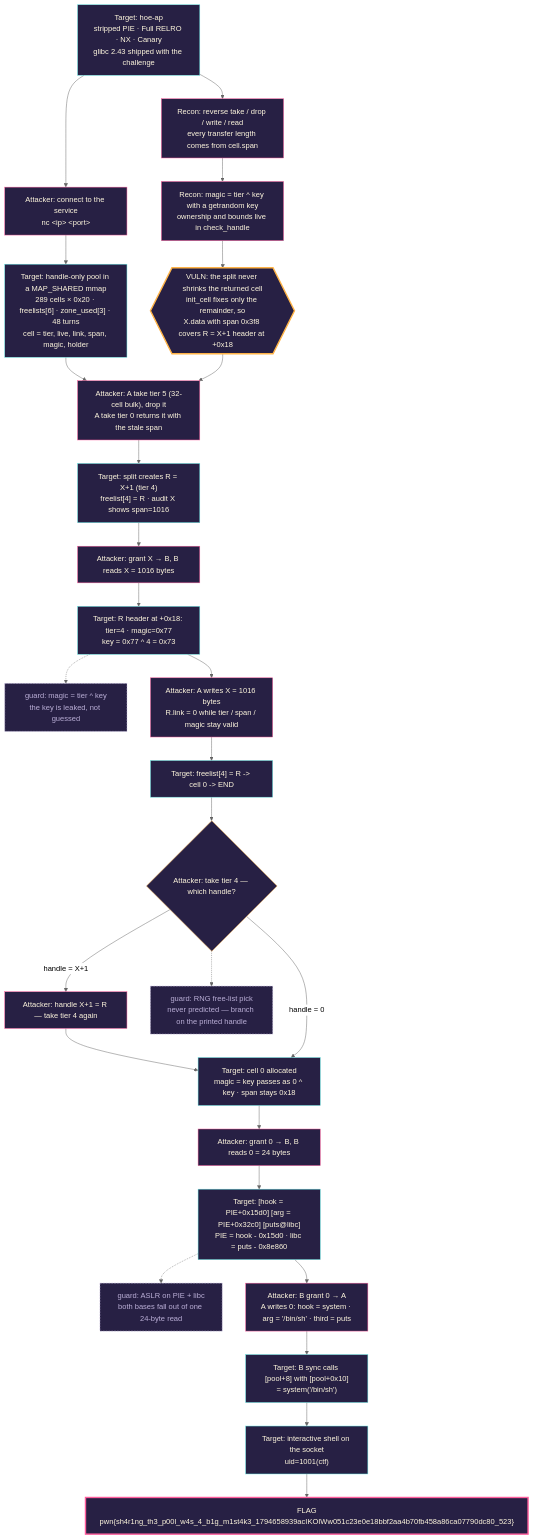
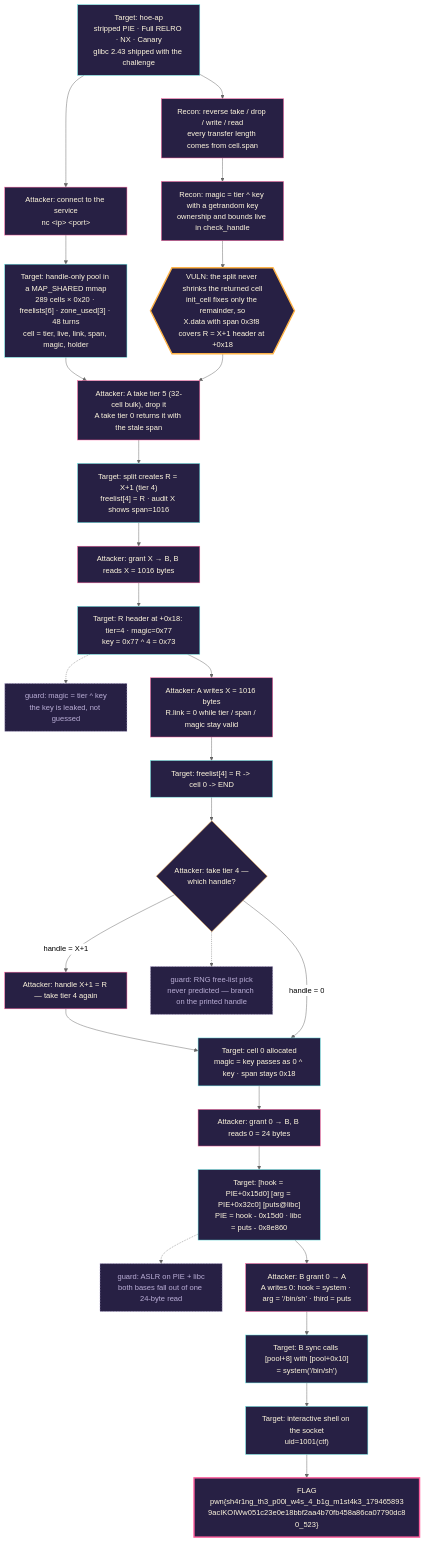
The diagram in content/ctfs/Digital-Pakistan-Red-Team-CTF/hoe-ap.md (Radiant-Blaze/radiant-blaze.github.io), drawn with Mermaid (neutral theme) before and after one commit. The commit also changed 27 other files, not shown here.

````diff
--- a/content/ctfs/Digital-Pakistan-Red-Team-CTF/hoe-ap.md
+++ b/content/ctfs/Digital-Pakistan-Red-Team-CTF/hoe-ap.md
@@ -35,66 +35,66 @@
 ```mermaid
 flowchart TD
     %% ---------- Target ----------
     T0["Target: hoe-ap<br/>stripped PIE · Full RELRO · NX · Canary<br/>glibc 2.43 shipped with the challenge"]:::target
     T1["Attacker: connect to the service<br/>nc &lt;ip&gt; &lt;port&gt;"]:::attacker
     T2["Target: handle-only pool in a MAP_SHARED mmap<br/>289 cells × 0x20 · freelists[6] · zone_used[3] · 48 turns<br/>cell = tier, live, link, span, magic, holder"]:::target
 
     %% ---------- Reconnaissance ----------
     R1["Recon: reverse take / drop / write / read<br/>every transfer length comes from cell.span"]:::attacker
     R2["Recon: magic = tier ^ key with a getrandom key<br/>ownership and bounds live in check_handle"]:::attacker
 
     %% ---------- Vulnerability ----------
     V1{{"VULN: the split never shrinks the returned cell<br/>init_cell fixes only the remainder, so<br/>X.data with span 0x3f8 covers R = X+1 header at +0x18"}}:::vuln
 
     %% ---------- Step 1: build the overlap ----------
     S1["Attacker: A take tier 5 (32-cell bulk), drop it<br/>A take tier 0 returns it with the stale span"]:::attacker
     S1r["Target: split creates R = X+1 (tier 4)<br/>freelist[4] = R · audit X shows span=1016"]:::target
 
     %% ---------- Step 2: leak the session key ----------
     S2["Attacker: grant X → B, B reads X = 1016 bytes"]:::attacker
     S2r["Target: R header at +0x18: tier=4 · magic=0x77<br/>key = 0x77 ^ 4 = 0x73"]:::target
     N1["guard: magic = tier ^ key<br/>the key is leaked, not guessed"]:::note
 
     %% ---------- Step 3: forge the free-list link ----------
     S3["Attacker: A writes X = 1016 bytes<br/>R.link = 0 while tier / span / magic stay valid"]:::attacker
     S3r["Target: freelist[4] = R -> cell 0 -> END"]:::target
 
     %% ---------- Step 4: allocate cell 0 ----------
-    D1{"Attacker: take tier 4 — which handle?"}:::decision
+    D1{"Attacker: take tier 4 —<br/>which handle?"}:::decision
     S4a["Attacker: handle X+1 = R — take tier 4 again"]:::attacker
     S4b["Target: cell 0 allocated<br/>magic = key passes as 0 ^ key · span stays 0x18"]:::target
     N2["guard: RNG free-list pick<br/>never predicted — branch on the printed handle"]:::note
 
     %% ---------- Step 5: leak PIE and libc ----------
     S5["Attacker: grant 0 → B, B reads 0 = 24 bytes"]:::attacker
     S5r["Target: [hook = PIE+0x15d0] [arg = PIE+0x32c0] [puts@libc]<br/>PIE = hook - 0x15d0 · libc = puts - 0x8e860"]:::target
     N3["guard: ASLR on PIE + libc<br/>both bases fall out of one 24-byte read"]:::note
 
     %% ---------- Step 6: hijack the hook ----------
     S6["Attacker: B grant 0 → A<br/>A writes 0: hook = system · arg = '/bin/sh' · third = puts"]:::attacker
     S6r["Target: B sync calls [pool+8] with [pool+0x10]<br/>= system('/bin/sh')"]:::target
 
     %% ---------- Result ----------
     S7["Target: interactive shell on the socket<br/>uid=1001(ctf)"]:::target
-    F["FLAG<br/>pwn{sh4r1ng_th3_p00l_w4s_4_b1g_m1st4k3_1794658939acIKOIWw051c23e0e18bbf2aa4b70fb458a86ca07790dc80_523}"]:::flag
+    F["FLAG<br/>pwn{sh4r1ng_th3_p00l_w4s_4_b1g_m1st4k3_179465893<br/>9acIKOIWw051c23e0e18bbf2aa4b70fb458a86ca07790dc8<br/>0_523}"]:::flag
 
     %% ---------- Edges ----------
     T0 --> T1 --> T2 --> S1
     T0 --> R1 --> R2 --> V1 --> S1
     S1 --> S1r --> S2 --> S2r --> S3
     S3 --> S3r --> D1
     D1 -->|handle = X+1| S4a --> S4b
     D1 -->|handle = 0| S4b
     S4b --> S5 --> S5r --> S6 --> S6r --> S7 --> F
     S2r -.-> N1
     D1 -.-> N2
     S5r -.-> N3
 
     %% ---------- Roles ----------
     classDef target fill:#272044,stroke:#65e7e3,color:#fff7de
     classDef attacker fill:#272044,stroke:#ff5e9d,color:#fff7de
     classDef decision fill:#272044,stroke:#ffb347,color:#fff7de
     classDef vuln fill:#272044,stroke:#ffb347,stroke-width:3px,color:#fff7de
     classDef note fill:#272044,stroke:#baaed6,stroke-dasharray:4 2,color:#baaed6
     classDef flag fill:#272044,stroke:#ff5e9d,stroke-width:3px,color:#fff7de
 ```
````
